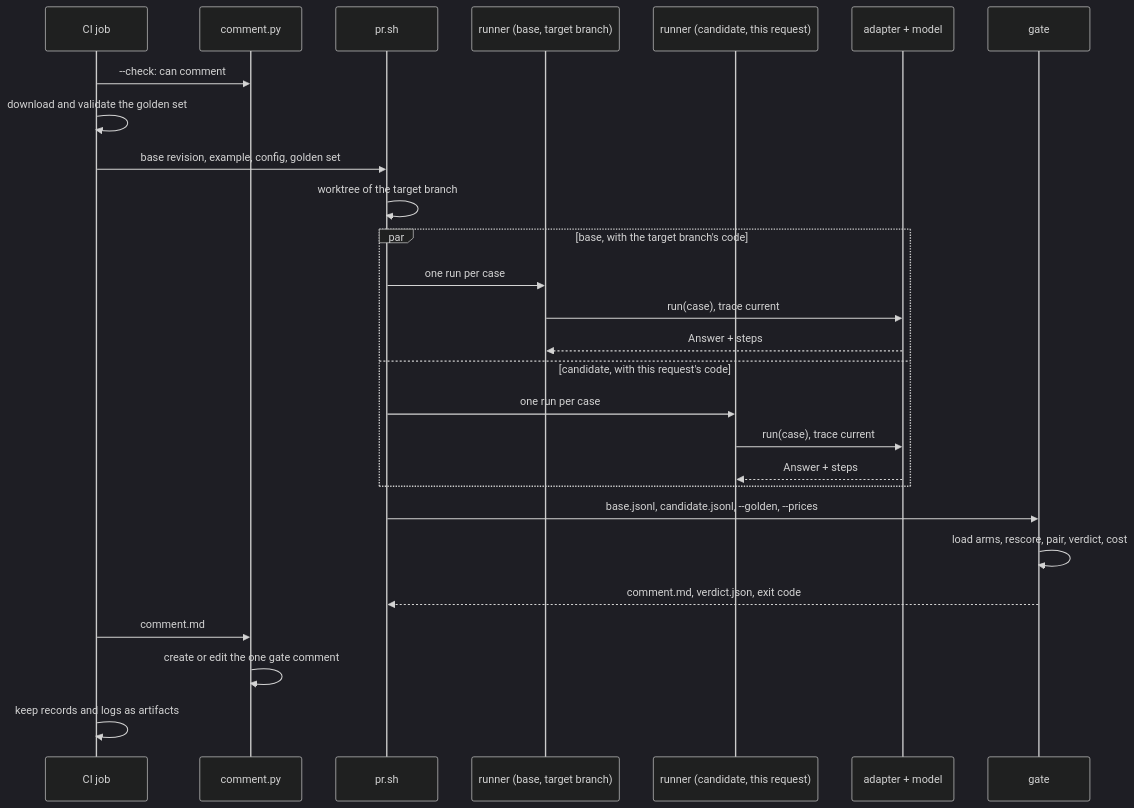
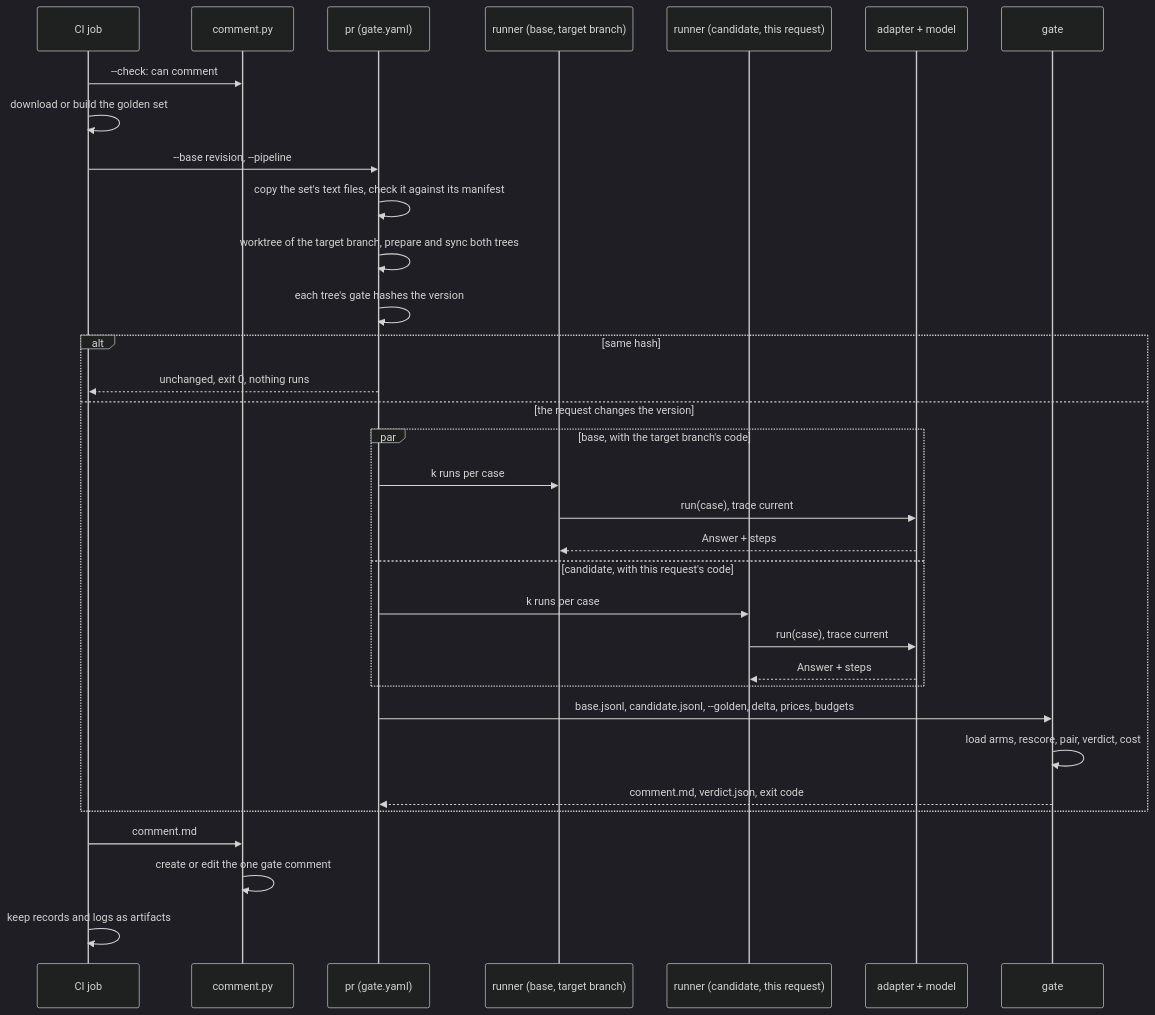
Before and after one commit to Ilya-Grigoryev/llm-release-gate: the second of 2 diagrams in docs/design.md, drawn with Mermaid (dark theme). The commit also changed 2 other files, not shown here.

Commit message:
docs: several pipelines, the pr flow; a run that compared nothing shows its comment

````diff
--- a/docs/design.md
+++ b/docs/design.md
@@ -227,29 +227,35 @@
 ```mermaid
 sequenceDiagram
     participant CI as CI job
     participant C as comment.py
-    participant SH as pr.sh
+    participant SH as pr (gate.yaml)
     participant RB as runner (base, target branch)
     participant RC as runner (candidate, this request)
     participant AD as adapter + model
     participant G as gate
     CI->>C: --check: can comment
-    CI->>CI: download and validate the golden set
-    CI->>SH: base revision, example, config, golden set
-    SH->>SH: worktree of the target branch
-    par base, with the target branch's code
-        SH->>RB: one run per case
-        RB->>AD: run(case), trace current
-        AD-->>RB: Answer + steps
-    and candidate, with this request's code
-        SH->>RC: one run per case
-        RC->>AD: run(case), trace current
-        AD-->>RC: Answer + steps
+    CI->>CI: download or build the golden set
+    CI->>SH: --base revision, --pipeline
+    SH->>SH: copy the set's text files, check it against its manifest
+    SH->>SH: worktree of the target branch, prepare and sync both trees
+    SH->>SH: each tree's gate hashes the version
+    alt same hash
+        SH-->>CI: unchanged, exit 0, nothing runs
+    else the request changes the version
+        par base, with the target branch's code
+            SH->>RB: k runs per case
+            RB->>AD: run(case), trace current
+            AD-->>RB: Answer + steps
+        and candidate, with this request's code
+            SH->>RC: k runs per case
+            RC->>AD: run(case), trace current
+            AD-->>RC: Answer + steps
+        end
+        SH->>G: base.jsonl, candidate.jsonl, --golden, delta, prices, budgets
+        G->>G: load arms, rescore, pair, verdict, cost
+        G-->>SH: comment.md, verdict.json, exit code
     end
-    SH->>G: base.jsonl, candidate.jsonl, --golden, --prices
-    G->>G: load arms, rescore, pair, verdict, cost
-    G-->>SH: comment.md, verdict.json, exit code
     CI->>C: comment.md
     C->>C: create or edit the one gate comment
     CI->>CI: keep records and logs as artifacts
 ```
````
